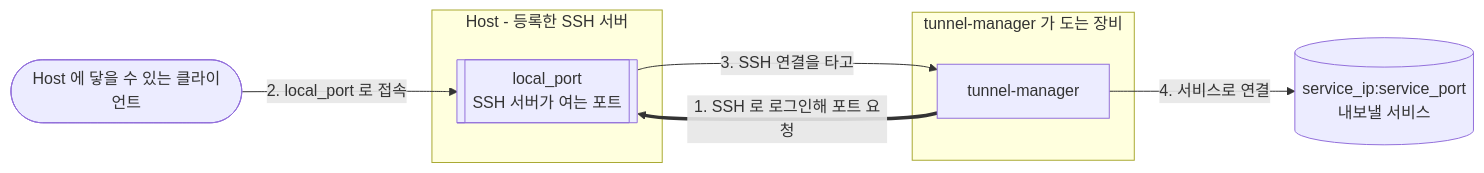
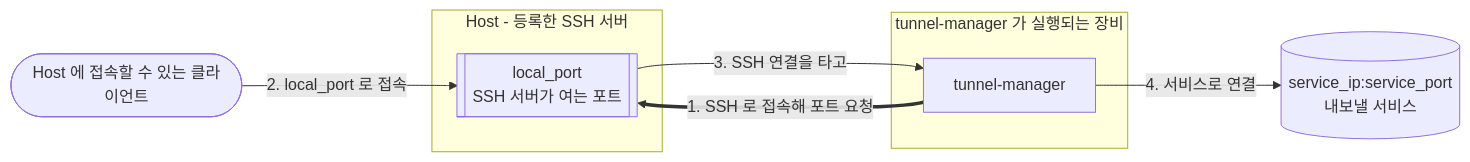
The diagram in docs/README.ko.md (jollaman999/tunnel-manager), drawn with Mermaid before and after one commit. The commit also changed other lines of this file and 2 other files, not shown here.

````diff
--- a/docs/README.ko.md
+++ b/docs/README.ko.md
@@ -14,16 +14,16 @@
 ```mermaid
 flowchart LR
-    client([Host 에 닿을 수 있는 클라이언트])
+    client([Host 에 접속할 수 있는 클라이언트])
     subgraph host [Host - 등록한 SSH 서버]
         port[["local_port<br/>SSH 서버가 여는 포트"]]
     end
-    subgraph here [tunnel-manager 가 도는 장비]
+    subgraph here [tunnel-manager 가 실행되는 장비]
         tm[tunnel-manager]
     end
     service[("service_ip:service_port<br/>내보낼 서비스")]
 
-    tm ==>|"1. SSH 로 로그인해 포트 요청"| port
+    tm ==>|"1. SSH 로 접속해 포트 요청"| port
     client -->|"2. local_port 로 접속"| port
     port -->|"3. SSH 연결을 타고"| tm
     tm -->|"4. 서비스로 연결"| service
 ```
````
